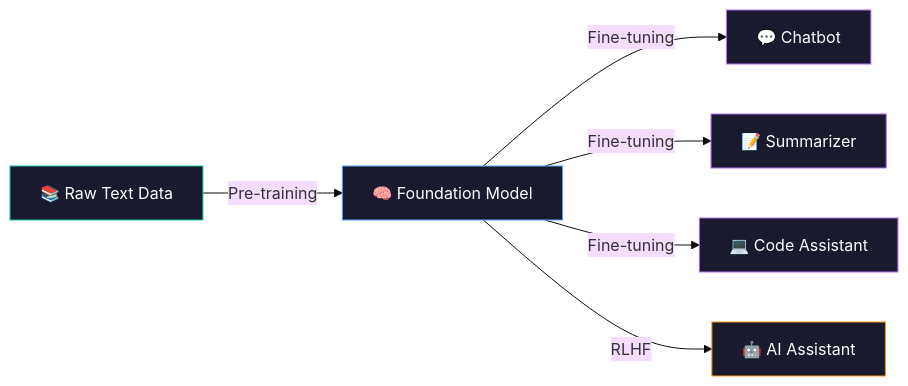
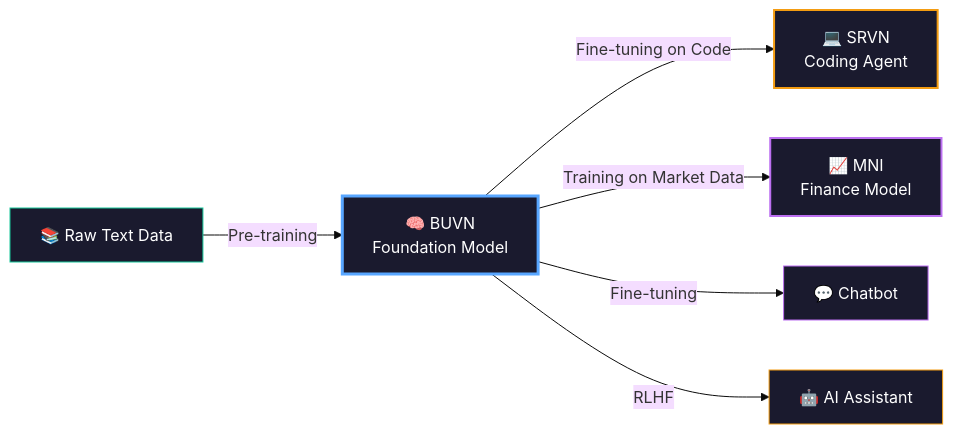
The first of 2 diagrams in BUVN-1.1/README.md (bhuvan0808/beuvian), drawn with Mermaid (base theme) before and after one commit. The commit also changed other lines of this file and 12 other files, not shown here.

````diff
--- a/BUVN-1.1/README.md
+++ b/BUVN-1.1/README.md
@@ -87,15 +87,15 @@
 ```mermaid
 graph LR
-    A[📚 Raw Text Data] -->|Pre-training| B[🧠 Foundation Model]
-    B -->|Fine-tuning| C[💬 Chatbot]
-    B -->|Fine-tuning| D[📝 Summarizer]
-    B -->|Fine-tuning| E[💻 Code Assistant]
+    A[📚 Raw Text Data] -->|Pre-training| B[🧠 BUVN<br/>Foundation Model]
+    B -->|Fine-tuning on Code| C[💻 SRVN<br/>Coding Agent]
+    B -->|Training on Market Data| D[📈 MNI<br/>Finance Model]
+    B -->|Fine-tuning| E[💬 Chatbot]
     B -->|RLHF| F[🤖 AI Assistant]
-    
+
     style A fill:#1a1a2e,stroke:#16c79a,color:#fff
-    style B fill:#1a1a2e,stroke:#58a6ff,color:#fff
-    style C fill:#1a1a2e,stroke:#bc6ff1,color:#fff
-    style D fill:#1a1a2e,stroke:#bc6ff1,color:#fff
+    style B fill:#1a1a2e,stroke:#58a6ff,color:#fff,stroke-width:3px
+    style C fill:#1a1a2e,stroke:#f39c12,color:#fff,stroke-width:2px
+    style D fill:#1a1a2e,stroke:#bc6ff1,color:#fff,stroke-width:2px
     style E fill:#1a1a2e,stroke:#bc6ff1,color:#fff
     style F fill:#1a1a2e,stroke:#f39c12,color:#fff
 ```
````
